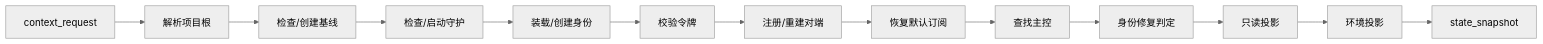
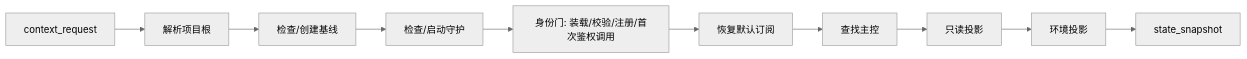
Before and after one commit to Jasonzhangf/appsdk: the second of 2 diagrams in docs/collab-context-state-machine.md, drawn with Mermaid (neutral theme). The commit also changed other lines of this file and 6 other files, not shown here.

First line of the commit message:
fix(collab): name the rejected identity, harden the env probe, and match the graph to the code

````diff
--- a/docs/collab-context-state-machine.md
+++ b/docs/collab-context-state-machine.md
@@ -141,15 +141,12 @@
 ```mermaid
 flowchart LR
     S[context_request] --> R[解析项目根]
     R --> B[检查/创建基线]
     B --> D[检查/启动守护]
-    D --> I[装载/创建身份]
-    I --> V[校验令牌]
-    V --> G[注册/重建对端]
-    G --> N[恢复默认订阅]
+    D --> I[身份门: 装载/校验/注册/首次鉴权调用]
+    I --> N[恢复默认订阅]
     N --> M[查找主控]
-    M --> U[身份修复判定]
-    U --> P[只读投影]
+    M --> P[只读投影]
     P --> E[环境投影]
     E --> O[state_snapshot]
 ```
````
